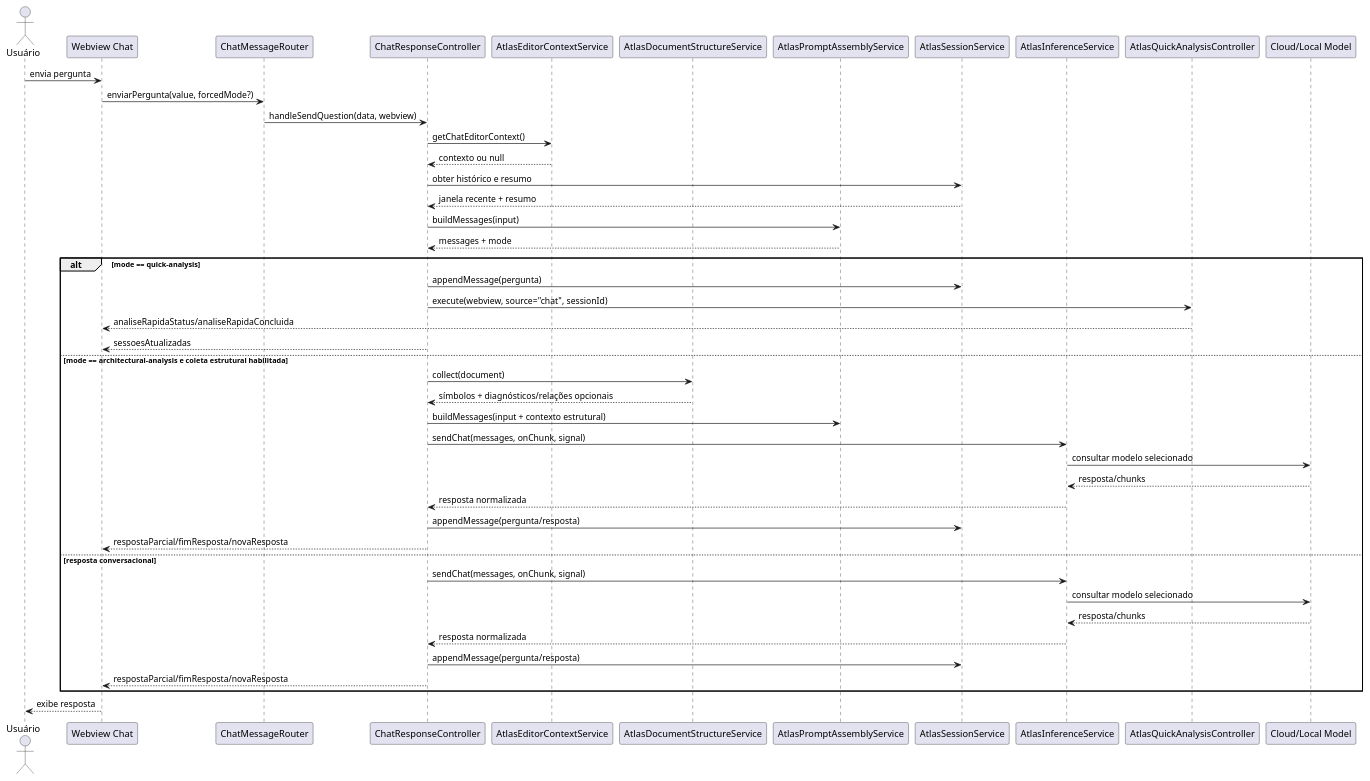
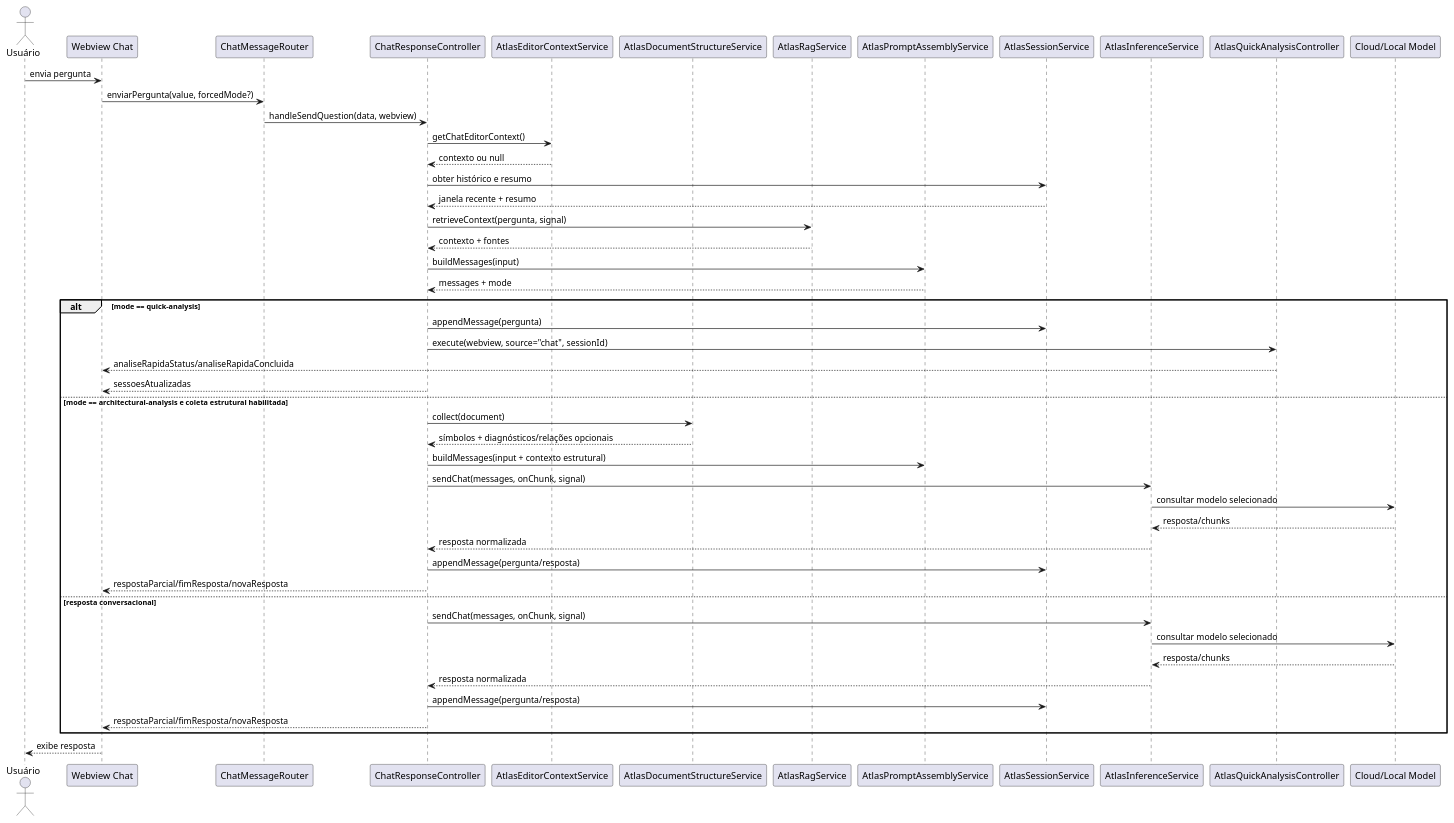
The second of 40 diagrams in docs/plantuml-diagramas-por-caso-de-uso-atlas.md (JVictorVI/ATLAS), drawn with PlantUML before and after one commit. The commit also changed other lines of this file and 22 other files, not shown here.

````diff
--- a/docs/plantuml-diagramas-por-caso-de-uso-atlas.md
+++ b/docs/plantuml-diagramas-por-caso-de-uso-atlas.md
@@ -69,50 +73,53 @@
 ```plantuml
 @startuml
 skinparam shadowing false
 actor Usuário
 participant "Webview Chat" as Webview
 participant ChatMessageRouter as Router
 participant ChatResponseController as Response
 participant AtlasEditorContextService as EditorContext
 participant AtlasDocumentStructureService as Structure
+participant AtlasRagService as RAG
 participant AtlasPromptAssemblyService as Prompt
 participant AtlasSessionService as Sessions
 participant AtlasInferenceService as Inference
 participant AtlasQuickAnalysisController as QuickController
 participant "Cloud/Local Model" as Model
 
 Usuário -> Webview : envia pergunta
 Webview -> Router : enviarPergunta(value, forcedMode?)
 Router -> Response : handleSendQuestion(data, webview)
 Response -> EditorContext : getChatEditorContext()
 EditorContext --> Response : contexto ou null
 Response -> Sessions : obter histórico e resumo
 Sessions --> Response : janela recente + resumo
+Response -> RAG : retrieveContext(pergunta, signal)
+RAG --> Response : contexto + fontes
 Response -> Prompt : buildMessages(input)
 Prompt --> Response : messages + mode
 alt mode == quick-analysis
   Response -> Sessions : appendMessage(pergunta)
   Response -> QuickController : execute(webview, source="chat", sessionId)
   QuickController --> Webview : analiseRapidaStatus/analiseRapidaConcluida
   Response --> Webview : sessoesAtualizadas
 else mode == architectural-analysis e coleta estrutural habilitada
   Response -> Structure : collect(document)
   Structure --> Response : símbolos + diagnósticos/relações opcionais
   Response -> Prompt : buildMessages(input + contexto estrutural)
   Response -> Inference : sendChat(messages, onChunk, signal)
   Inference -> Model : consultar modelo selecionado
   Model --> Inference : resposta/chunks
   Inference --> Response : resposta normalizada
   Response -> Sessions : appendMessage(pergunta/resposta)
   Response --> Webview : respostaParcial/fimResposta/novaResposta
 else resposta conversacional
   Response -> Inference : sendChat(messages, onChunk, signal)
   Inference -> Model : consultar modelo selecionado
   Model --> Inference : resposta/chunks
   Inference --> Response : resposta normalizada
   Response -> Sessions : appendMessage(pergunta/resposta)
   Response --> Webview : respostaParcial/fimResposta/novaResposta
 end
 Webview --> Usuário : exibe resposta
 @enduml
 ```
````
